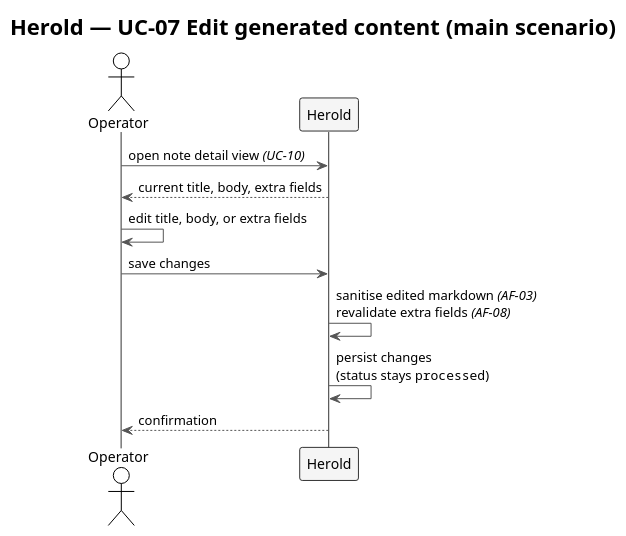
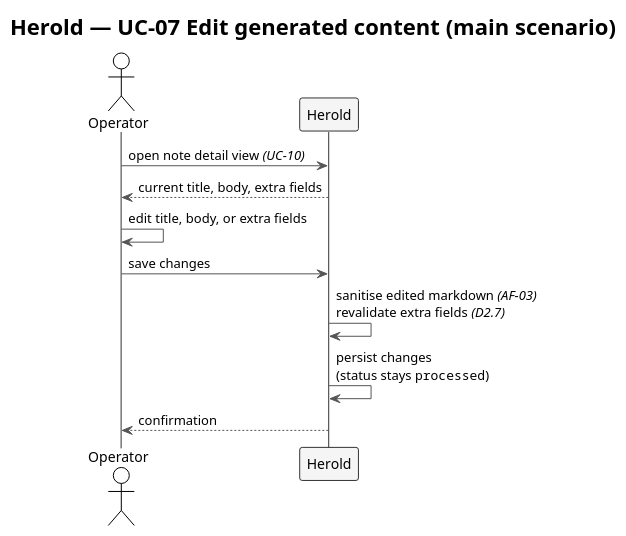
One commit to carstenlucke/herold changed the diagram in docs/spec/diagrams/f2-uc07-edit-content.plantuml. Above: the diagram before and after it, drawn with PlantUML. The commit also changed 13 other files, not shown here.

```diff
--- a/docs/spec/diagrams/f2-uc07-edit-content.plantuml
+++ b/docs/spec/diagrams/f2-uc07-edit-content.plantuml
@@ -1,25 +1,25 @@
 @startuml f2-uc07-edit-content
 !theme plain
 skinparam shadowing false
 skinparam ArrowColor #555555
 skinparam SequenceLifeLineBorderColor #333333
 skinparam SequenceParticipantBorderColor #333333
 skinparam SequenceParticipantBackgroundColor #F5F5F5
 skinparam SequenceReferenceBackgroundColor #F0E8FF
 skinparam SequenceGroupBodyBackgroundColor transparent
 
 title Herold — UC-07 Edit generated content (main scenario)
 
 actor    "Operator" as OP
 participant "Herold"  as SYS
 
 OP  ->  SYS : open note detail view //(UC-10)//
 SYS --> OP  : current title, body, extra fields
 
 OP  ->  OP  : edit title, body, or extra fields
 OP  ->  SYS : save changes
-SYS ->  SYS : sanitise edited markdown //(AF-03)//\nrevalidate extra fields //(AF-08)//
+SYS ->  SYS : sanitise edited markdown //(AF-03)//\nrevalidate extra fields //(D2.7)//
 SYS ->  SYS : persist changes\n(status stays ""processed"")
 SYS --> OP  : confirmation
 
 @enduml
```
